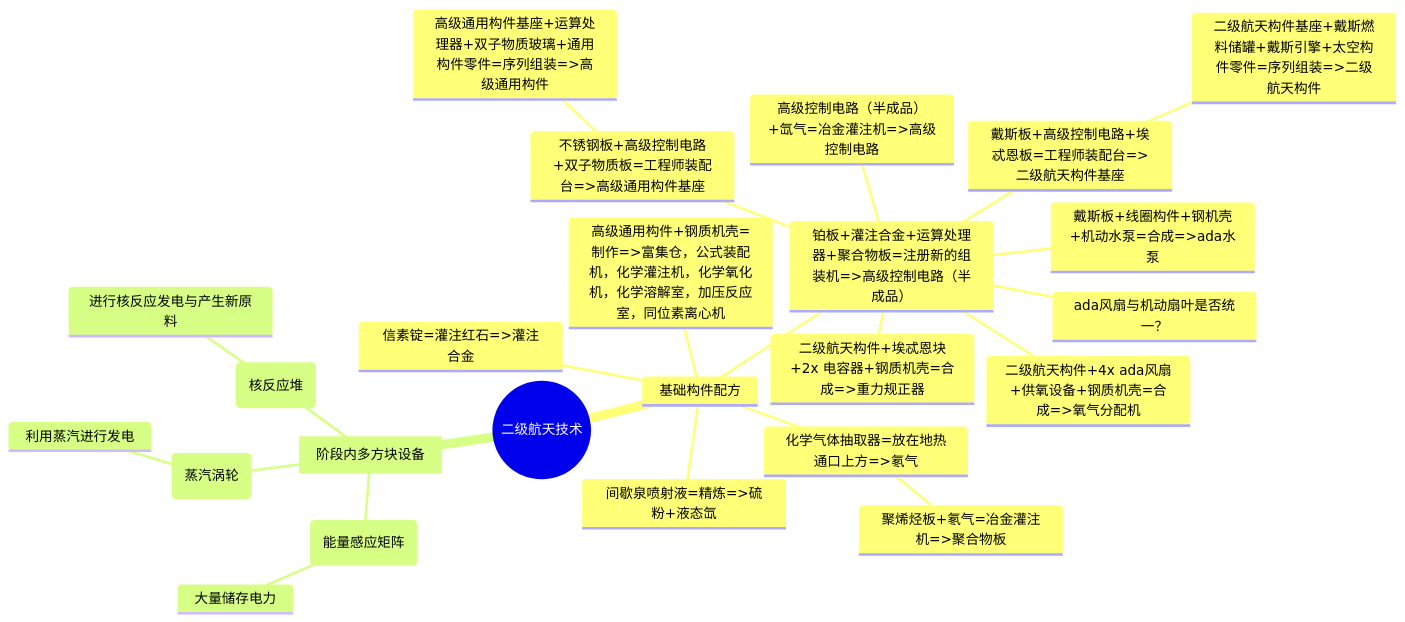
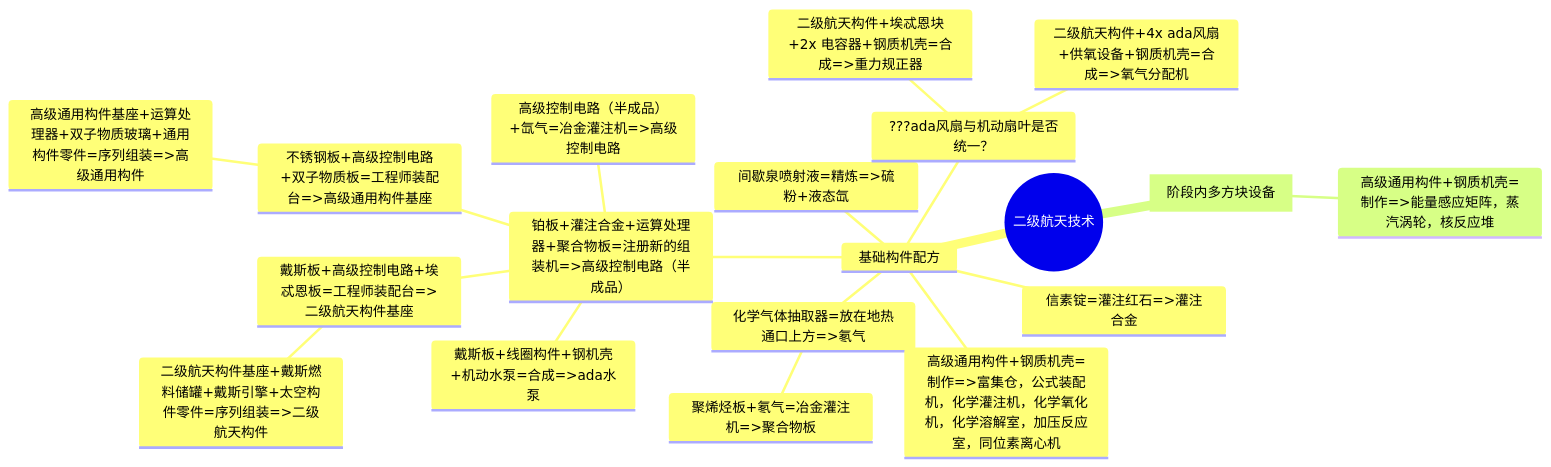
The second of 4 diagrams in Developer/TechTreeMap.md (VechniMetel/CodeNameCIM2), drawn with Mermaid before and after one commit. The commit also changed other lines of this file, not shown here.

````diff
--- a/Developer/TechTreeMap.md
+++ b/Developer/TechTreeMap.md
@@ -38,27 +38,22 @@
 ``` mermaid
 mindmap
     root((二级航天技术))
         基础构件配方
             信素锭=灌注红石=>灌注合金
             间歇泉喷射液=精炼=>硫粉+液态氙
             化学气体抽取器=放在地热通口上方=>氡气
                 聚烯烃板+氡气=冶金灌注机=>聚合物板
             铂板+灌注合金+运算处理器+聚合物板=注册新的组装机=>高级控制电路（半成品）
                 高级控制电路（半成品）+氙气=冶金灌注机=>高级控制电路
                 戴斯板+高级控制电路+埃忒恩板=工程师装配台=>二级航天构件基座
                     二级航天构件基座+戴斯燃料储罐+戴斯引擎+太空构件零件=序列组装=>二级航天构件
                 不锈钢板+高级控制电路+双子物质板=工程师装配台=>高级通用构件基座
                     高级通用构件基座+运算处理器+双子物质玻璃+通用构件零件=序列组装=>高级通用构件
                 戴斯板+线圈构件+钢机壳+机动水泵=合成=>ada水泵
-                ada风扇与机动扇叶是否统一？
+            ???ada风扇与机动扇叶是否统一？
                 二级航天构件+4x ada风扇+供氧设备+钢质机壳=合成=>氧气分配机
                 二级航天构件+埃忒恩块+2x 电容器+钢质机壳=合成=>重力规正器
             高级通用构件+钢质机壳=制作=>富集仓，公式装配机，化学灌注机，化学氧化机，化学溶解室，加压反应室，同位素离心机
         [阶段内多方块设备]
-            (能量感应矩阵)
-                大量储存电力
-            (蒸汽涡轮)
-                利用蒸汽进行发电
-            (核反应堆)
-                进行核反应发电与产生新原料
+            高级通用构件+钢质机壳=制作=>能量感应矩阵，蒸汽涡轮，核反应堆
 ```
````
